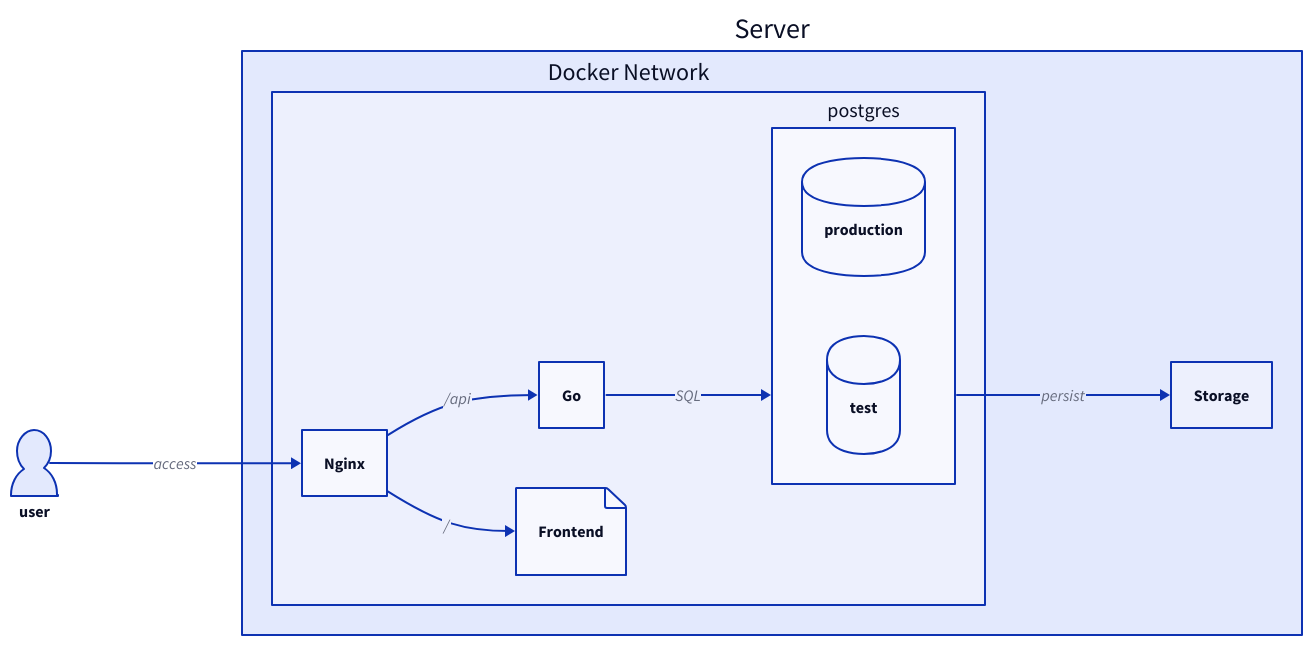
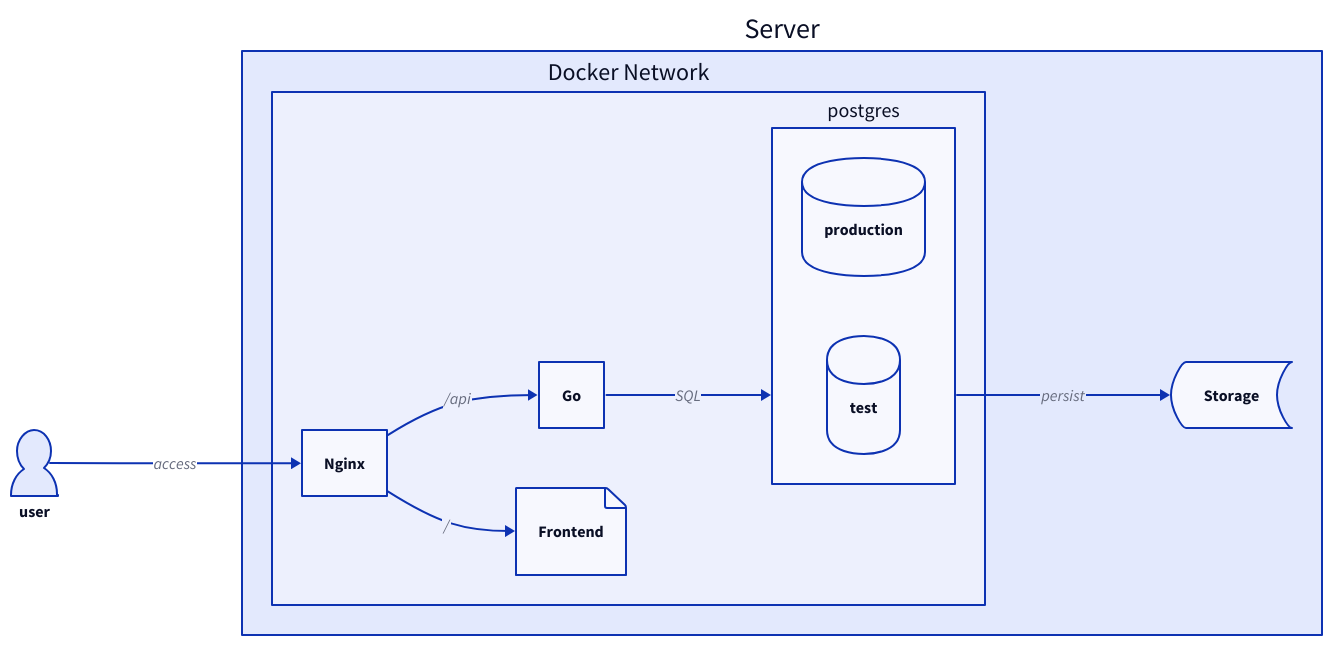
One commit to jakesmith-101/psychic-waffle changed the diagram in plan.d2. Above: the diagram before and after it, drawn with D2.

Commit message:
Update plan.d2
- shape Storage to stored_data

```diff
--- a/plan.d2
+++ b/plan.d2
@@ -1,27 +1,30 @@
 Server: {
   Docker Network: {
     postgres: {
       production: {
         shape: cylinder
       }
       test: {
         shape: cylinder
       }
     }
     Go
     Nginx
     Frontend: {
       shape: page
     }
 
     Nginx -> Go: /api
     Nginx -> Frontend: /
     Go -> postgres: SQL
   }
+  Storage: {
+    shape: stored_data
+  }
   Docker Network.postgres -> Storage: persist
 }
 user: {
   shape: person
 }
 direction: right
 user -> Server.Docker Network.Nginx: access
```
